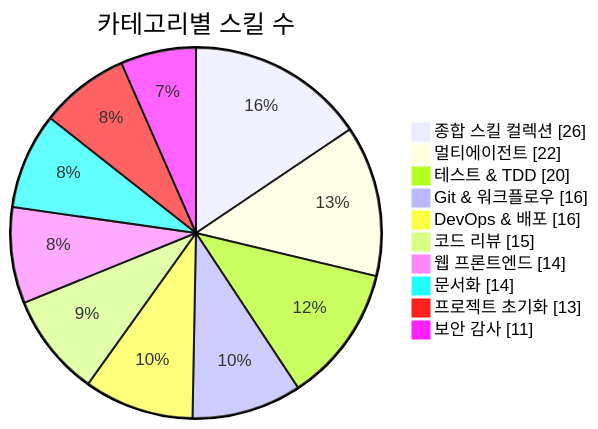
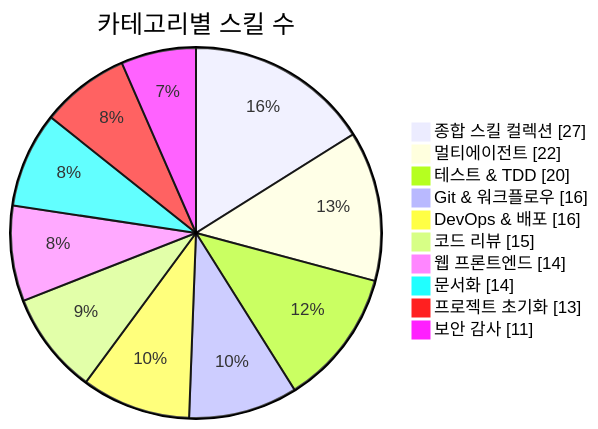
Before and after one commit to J-nowcow/awesome-korean-agent-skills: the first of 3 diagrams in README.md, drawn with Mermaid. The commit also changed other lines of this file and 4 other files, not shown here.

````diff
--- a/README.md
+++ b/README.md
@@ -176,14 +176,14 @@
 ```mermaid
 pie showData
     title 카테고리별 스킬 수
-    "종합 스킬 컬렉션" : 26
+    "종합 스킬 컬렉션" : 27
     "멀티에이전트" : 22
     "테스트 & TDD" : 20
     "Git & 워크플로우" : 16
     "DevOps & 배포" : 16
     "코드 리뷰" : 15
     "웹 프론트엔드" : 14
     "문서화" : 14
     "프로젝트 초기화" : 13
     "보안 감사" : 11
 ```
````
